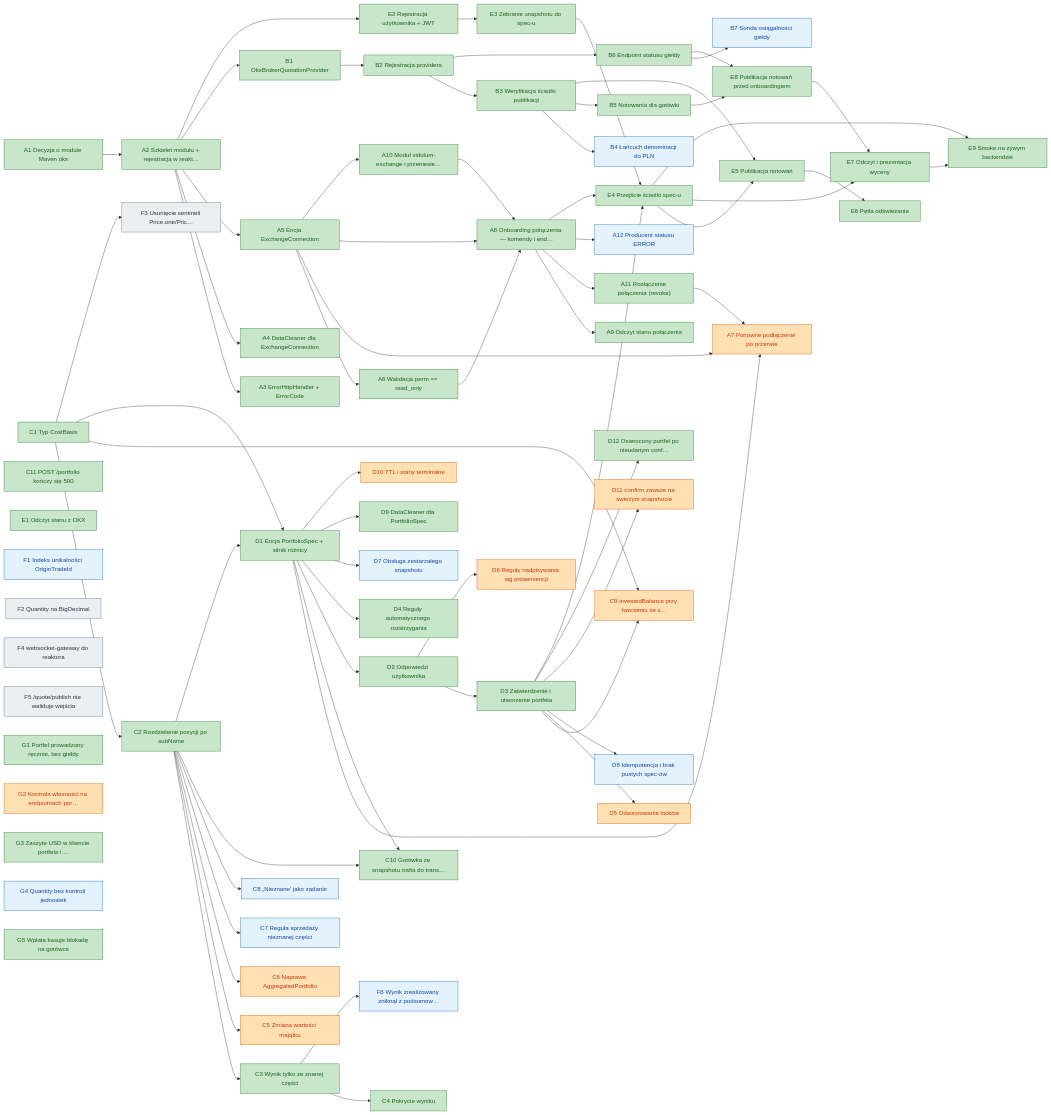
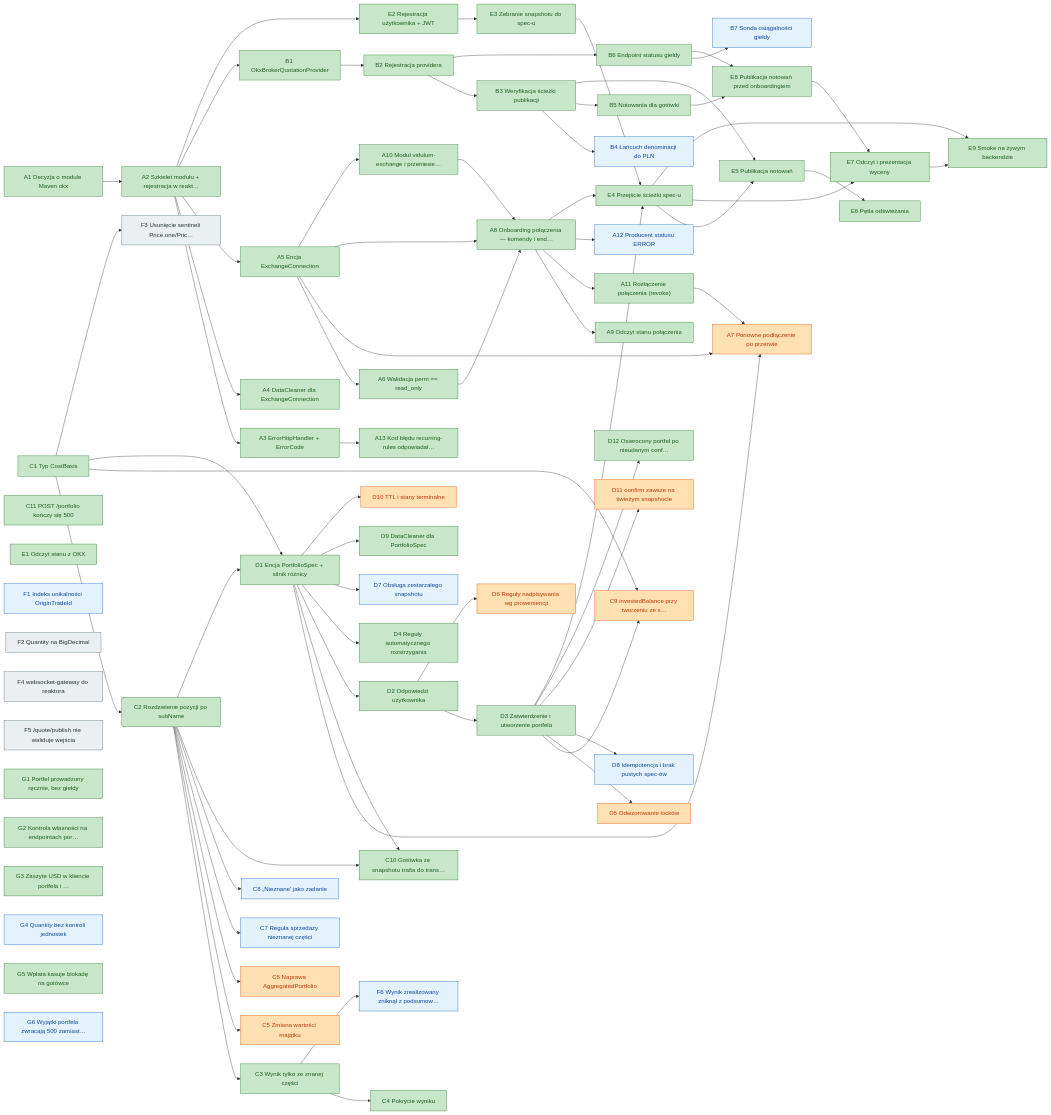
Before and after one commit to lu92/vidulum: the diagram in docs/features-backlog/2026-09-18-okx-tasks.md, drawn with Mermaid. The commit also changed other lines of this file and 23 other files, not shown here.

```diff
--- a/docs/features-backlog/2026-09-18-okx-tasks.md
+++ b/docs/features-backlog/2026-09-18-okx-tasks.md
@@ -189,6 +191,7 @@
     A10["A10 Moduł vidulum-exchange i przeniesie…"]:::done
     A11["A11 Rozłączenie połączenia (revoke)"]:::done
     A12["A12 Producent statusu ERROR"]:::p2
+    A13["A13 Kod błędu recurring-rules odpowiadał…"]:::done
     B1["B1 OkxBrokerQuotationProvider"]:::done
     B2["B2 Rejestracja providera"]:::done
     B3["B3 Weryfikacja ścieżki publikacji"]:::done
@@ -235,10 +238,11 @@
     F5["F5 /quote/publish nie waliduje wejścia"]:::p3
     F6["F6 Wynik zrealizowany zniknął z podsumow…"]:::p2
     G1["G1 Portfel prowadzony ręcznie, bez giełdy"]:::done
-    G2["G2 Kontrola własności na endpointach por…"]:::p1
+    G2["G2 Kontrola własności na endpointach por…"]:::done
     G3["G3 Zaszyte USD w kliencie portfela i …"]:::done
     G4["G4 Quantity bez kontroli jednostek"]:::p2
     G5["G5 Wpłata kasuje blokadę na gotówce"]:::done
+    G6["G6 Wyjątki portfela zwracają 500 zamiast…"]:::p2
 
     A1 --> A2
     A2 --> A3
@@ -255,6 +259,7 @@
     A5 --> A10
     A8 --> A11
     A8 --> A12
+    A3 --> A13
     A2 --> B1
     B1 --> B2
     B2 --> B3
```
